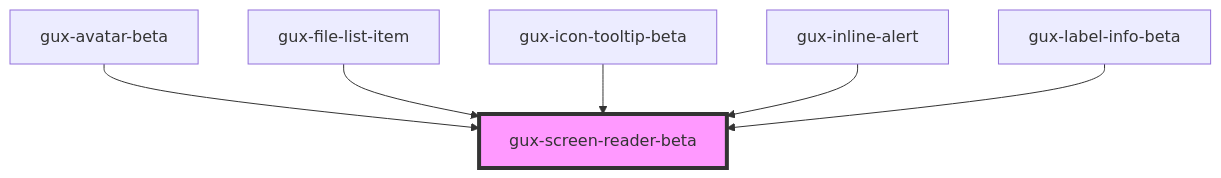
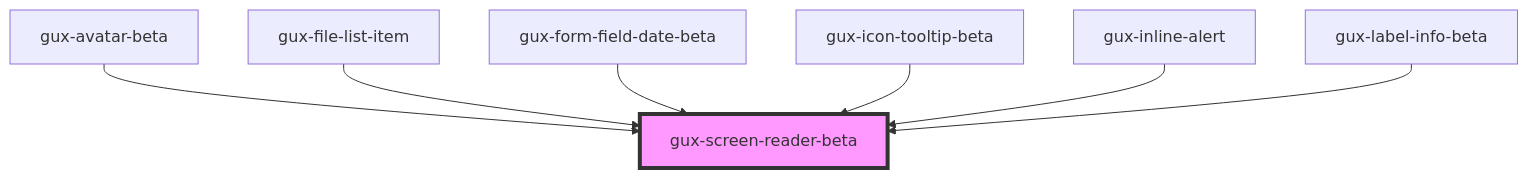
The diagram in packages/genesys-spark-components/src/components/beta/gux-screen-reader/readme.md (MyPureCloud/genesys-spark), drawn with Mermaid before and after one commit. The commit also changed other lines of this file and 21 other files, not shown here.

First line of the commit message:
feat(form-field-date-beta): added new datepicker form field component

````diff
--- a/packages/genesys-spark-components/src/components/beta/gux-screen-reader/readme.md
+++ b/packages/genesys-spark-components/src/components/beta/gux-screen-reader/readme.md
@@ -26,9 +27,10 @@
 ```mermaid
 graph TD;
   gux-avatar-beta --> gux-screen-reader-beta
   gux-file-list-item --> gux-screen-reader-beta
+  gux-form-field-date-beta --> gux-screen-reader-beta
   gux-icon-tooltip-beta --> gux-screen-reader-beta
   gux-inline-alert --> gux-screen-reader-beta
   gux-label-info-beta --> gux-screen-reader-beta
   style gux-screen-reader-beta fill:#f9f,stroke:#333,stroke-width:4px
 ```
````
